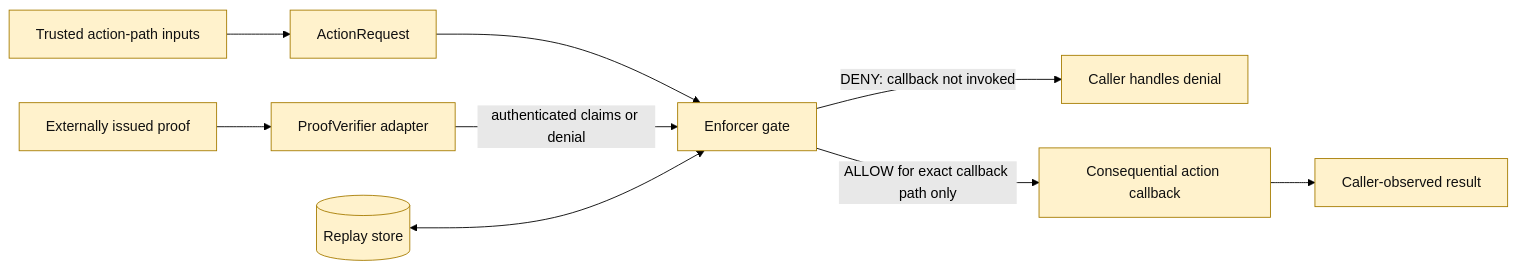
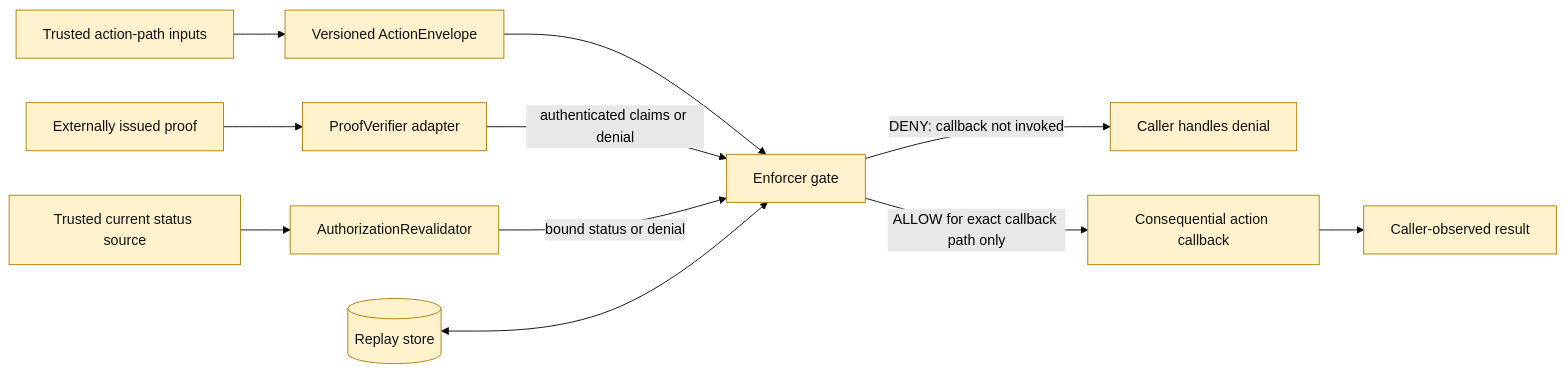
Before and after one commit to wking53214/Enforcer: the diagram in docs/ARCHITECTURE.md, drawn with Mermaid (forest theme). The commit also changed other lines of this file and 8 other files, not shown here.

Commit message:
Add canonical action envelope and revalidation

````diff
--- a/docs/ARCHITECTURE.md
+++ b/docs/ARCHITECTURE.md
@@ -9,15 +9,17 @@
 ```mermaid
 flowchart LR
-    R[Trusted action-path inputs] --> Q[ActionRequest]
+    R[Trusted action-path inputs] --> Q[Versioned ActionEnvelope]
     P[Externally issued proof] --> V[ProofVerifier adapter]
+    T[Trusted current status source] --> X[AuthorizationRevalidator]
     Q --> G[Enforcer gate]
     V -->|authenticated claims or denial| G
+    X -->|bound status or denial| G
     S[(Replay store)] <--> G
     G -->|DENY: callback not invoked| D[Caller handles denial]
     G -->|ALLOW for exact callback path only| A[Consequential action callback]
     A --> O[Caller-observed result]
 
     classDef existing fill:#e7e7e7,stroke:#666,color:#111;
     classDef proposed fill:#fff2cc,stroke:#a67c00,color:#111;
-    class R,P,Q,V,S,G,D,A,O proposed;
+    class R,P,Q,V,T,X,S,G,D,A,O proposed;
 ```
````
